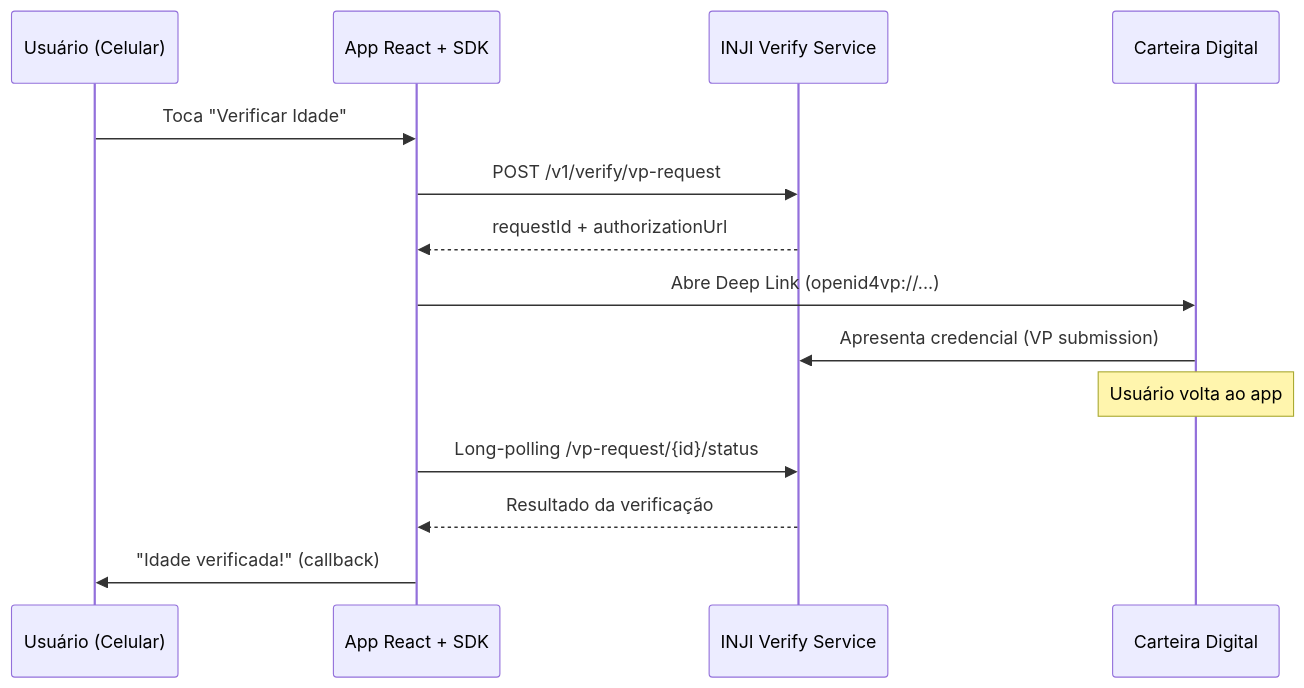
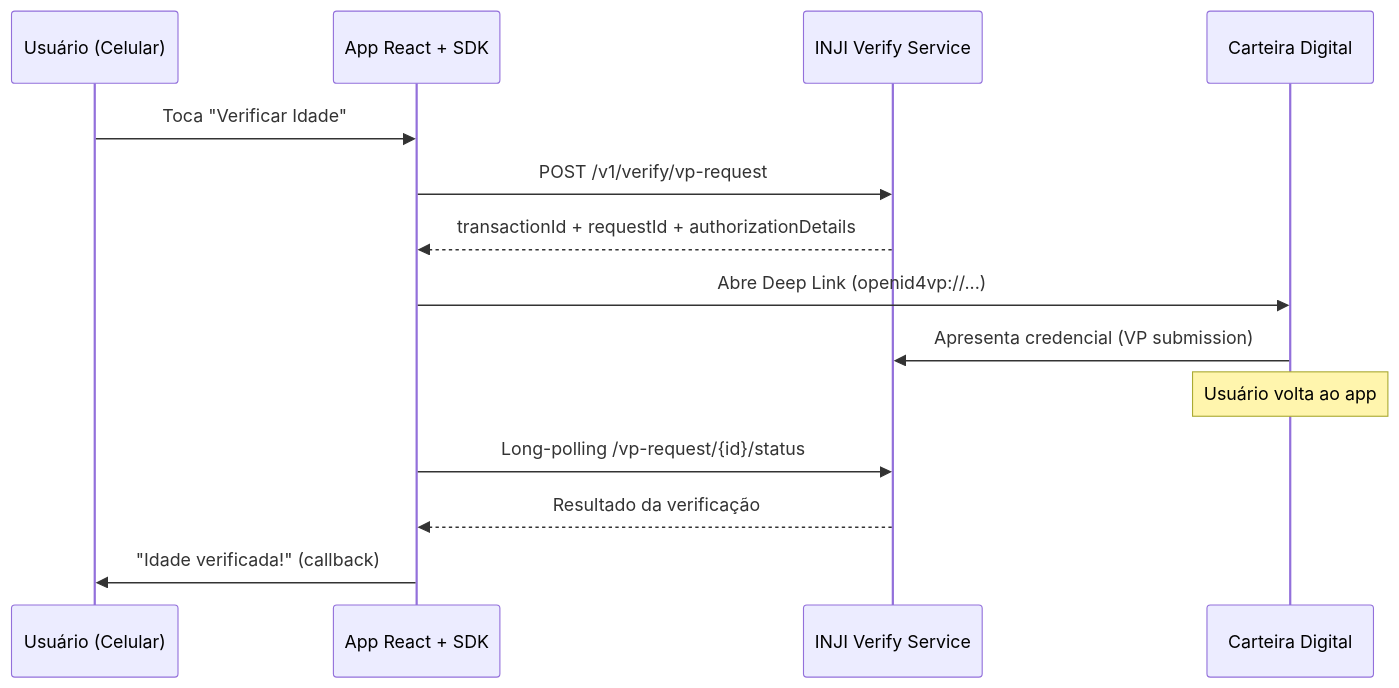
The second of 2 diagrams in fluxo-verificacao.qmd (infraestrutura-digital/verificaidade_dev), drawn with Mermaid before and after one commit. The commit also changed other lines of this file and 39 other files, not shown here.

````diff
--- a/fluxo-verificacao.qmd
+++ b/fluxo-verificacao.qmd
@@ -32,17 +36,17 @@
 ```{mermaid}
 sequenceDiagram
     participant U as Usuário (Celular)
     participant SDK as App React + SDK
     participant VS as INJI Verify Service
     participant W as Carteira Digital
 
     U->>SDK: Toca "Verificar Idade"
     SDK->>VS: POST /v1/verify/vp-request
-    VS-->>SDK: requestId + authorizationUrl
+    VS-->>SDK: transactionId + requestId + authorizationDetails
     SDK->>W: Abre Deep Link (openid4vp://...)
     W->>VS: Apresenta credencial (VP submission)
     Note over W: Usuário volta ao app
     SDK->>VS: Long-polling /vp-request/{id}/status
     VS-->>SDK: Resultado da verificação
     SDK->>U: "Idade verificada!" (callback)
 ```
````
